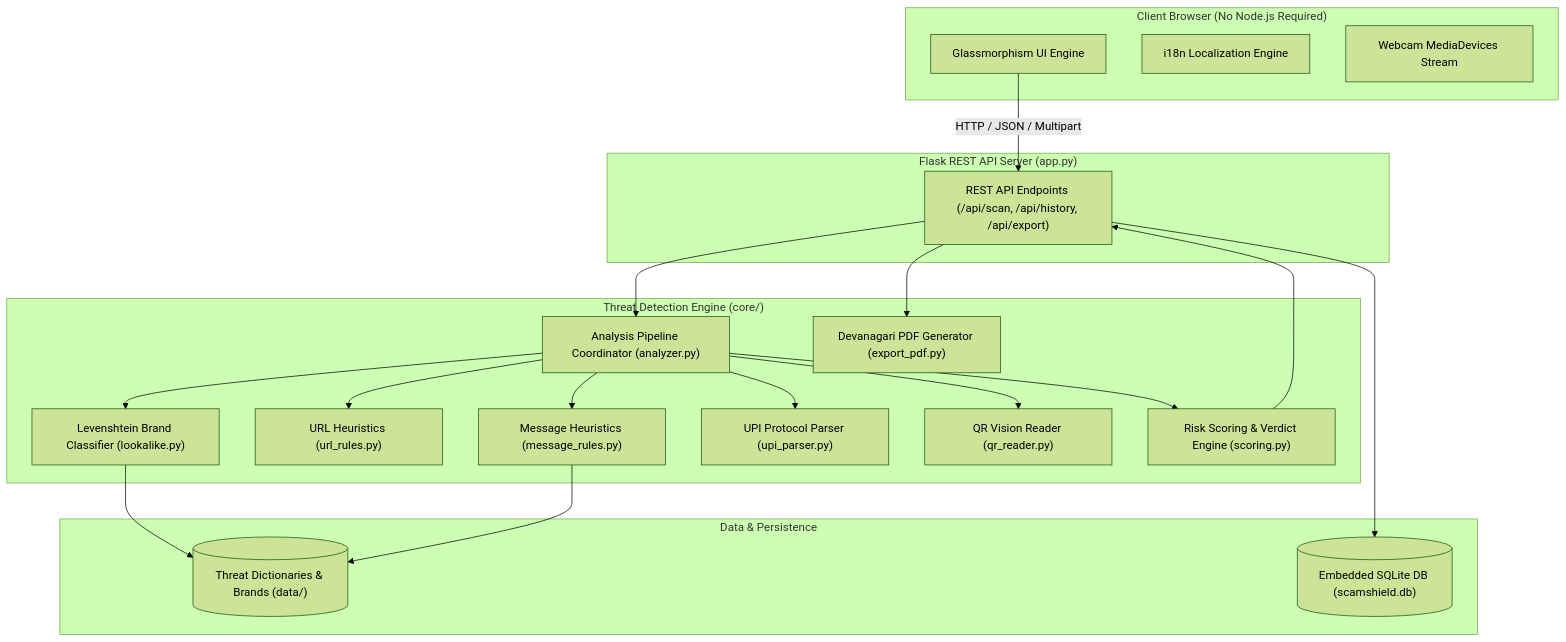
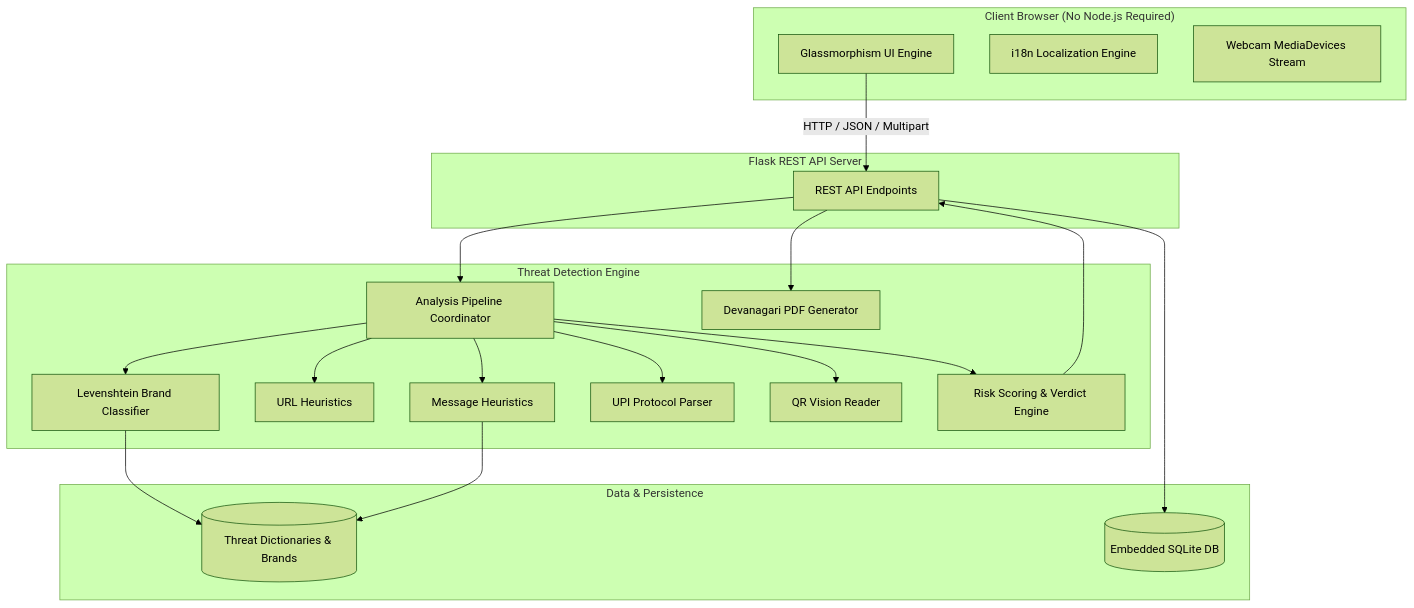
The diagram in docs/ARCHITECTURE.md (GhostX1407/ScamShield), drawn with Mermaid (forest theme) before and after one commit. The commit also changed 1 other file, not shown here.

````diff
--- a/docs/ARCHITECTURE.md
+++ b/docs/ARCHITECTURE.md
@@ -19,44 +19,44 @@
 ```mermaid
 graph TD
     subgraph Client["Client Browser (No Node.js Required)"]
-        UI[Glassmorphism UI Engine]
-        I18N[i18n Localization Engine]
-        Cam[Webcam MediaDevices Stream]
+        UI["Glassmorphism UI Engine"]
+        I18N["i18n Localization Engine"]
+        Cam["Webcam MediaDevices Stream"]
     end
 
-    subgraph Server["Flask REST API Server (app.py)"]
-        Endpoints["REST API Endpoints (/api/scan, /api/history, /api/export)"]
+    subgraph Server["Flask REST API Server"]
+        Endpoints["REST API Endpoints"]
     end
 
-    subgraph Engine["Threat Detection Engine (core/)"]
-        Analyzer["Analysis Pipeline Coordinator (analyzer.py)"]
-        MsgRules["Message Heuristics (message_rules.py)"]
-        URLRules["URL Heuristics (url_rules.py)"]
-        Lookalike["Levenshtein Brand Classifier (lookalike.py)"]
-        UPIParser["UPI Protocol Parser (upi_parser.py)"]
-        QRReader["QR Vision Reader (qr_reader.py)"]
-        Scorer["Risk Scoring & Verdict Engine (scoring.py)"]
-        PDFGen["Devanagari PDF Generator (export_pdf.py)"]
+    subgraph Engine["Threat Detection Engine"]
+        Analyzer["Analysis Pipeline Coordinator"]
+        MsgRules["Message Heuristics"]
+        URLRules["URL Heuristics"]
+        Lookalike["Levenshtein Brand Classifier"]
+        UPIParser["UPI Protocol Parser"]
+        QRReader["QR Vision Reader"]
+        Scorer["Risk Scoring & Verdict Engine"]
+        PDFGen["Devanagari PDF Generator"]
     end
 
     subgraph Data["Data & Persistence"]
-        JSONs[("Threat Dictionaries & Brands (data/)")]
-        DB[("Embedded SQLite DB (scamshield.db)")]
+        JSONs[("Threat Dictionaries & Brands")]
+        DB[("Embedded SQLite DB")]
     end
 
     UI -->|HTTP / JSON / Multipart| Endpoints
     Endpoints --> Analyzer
     Endpoints --> DB
     Endpoints --> PDFGen
 
     Analyzer --> QRReader
     Analyzer --> UPIParser
     Analyzer --> URLRules
     Analyzer --> Lookalike
     Analyzer --> MsgRules
     Analyzer --> Scorer
 
     Lookalike --> JSONs
     MsgRules --> JSONs
     Scorer --> Endpoints
 ```
````
